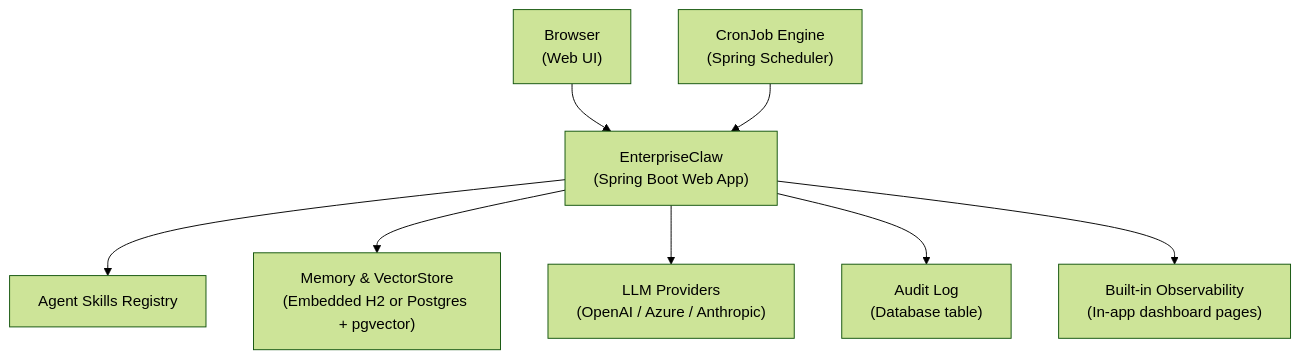
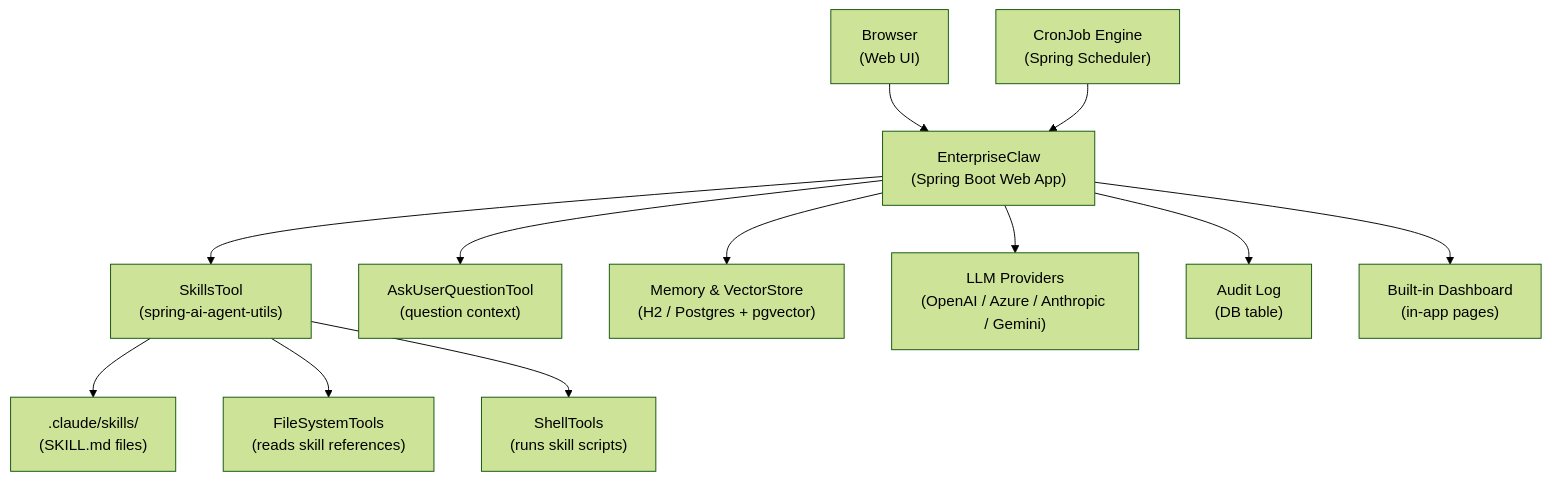
Before and after one commit to enterpriseclaw/enterpriseclaw: the first of 8 diagrams in docs/trd-enterpriseclaw.md, drawn with Mermaid (forest theme). The commit also changed other lines of this file, not shown here.

Commit message:
docs: Revise TRD - SkillsTool/SKILL.md skills, AskUserQuestionTool, JBang/JLink/Docker Compose, no Grafana

````diff
--- a/docs/trd-enterpriseclaw.md
+++ b/docs/trd-enterpriseclaw.md
@@ -75,19 +81,27 @@
 ```mermaid
 flowchart TD
     Browser["Browser\n(Web UI)"]
-    AgentSvc["EnterpriseClaw\n(Spring Boot Web App)"]
-    Skills["Agent Skills Registry"]
-    MemoryStore["Memory & VectorStore\n(Embedded H2 or Postgres + pgvector)"]
-    LLM["LLM Providers\n(OpenAI / Azure / Anthropic)"]
-    CronEngine["CronJob Engine\n(Spring Scheduler)"]
-    AuditLog["Audit Log\n(Database table)"]
-    ObsDash["Built-in Observability\n(In-app dashboard pages)"]
+    App["EnterpriseClaw\n(Spring Boot Web App)"]
+    SkillsDir[".claude/skills/\n(SKILL.md files)"]
+    SkillsTool["SkillsTool\n(spring-ai-agent-utils)"]
+    FileSystemTools["FileSystemTools\n(reads skill references)"]
+    ShellTools["ShellTools\n(runs skill scripts)"]
+    AskUser["AskUserQuestionTool\n(question context)"]
+    Memory["Memory & VectorStore\n(H2 / Postgres + pgvector)"]
+    LLM["LLM Providers\n(OpenAI / Azure / Anthropic / Gemini)"]
+    Cron["CronJob Engine\n(Spring Scheduler)"]
+    Audit["Audit Log\n(DB table)"]
+    Dash["Built-in Dashboard\n(in-app pages)"]
 
-    Browser --> AgentSvc
-    AgentSvc --> Skills
-    AgentSvc --> MemoryStore
-    AgentSvc --> LLM
-    AgentSvc --> AuditLog
-    CronEngine --> AgentSvc
-    AgentSvc --> ObsDash
+    Browser --> App
+    App --> SkillsTool
+    App --> AskUser
+    App --> Memory
+    App --> LLM
+    App --> Audit
+    App --> Dash
+    Cron --> App
+    SkillsTool --> SkillsDir
+    SkillsTool --> FileSystemTools
+    SkillsTool --> ShellTools
 ```
````
